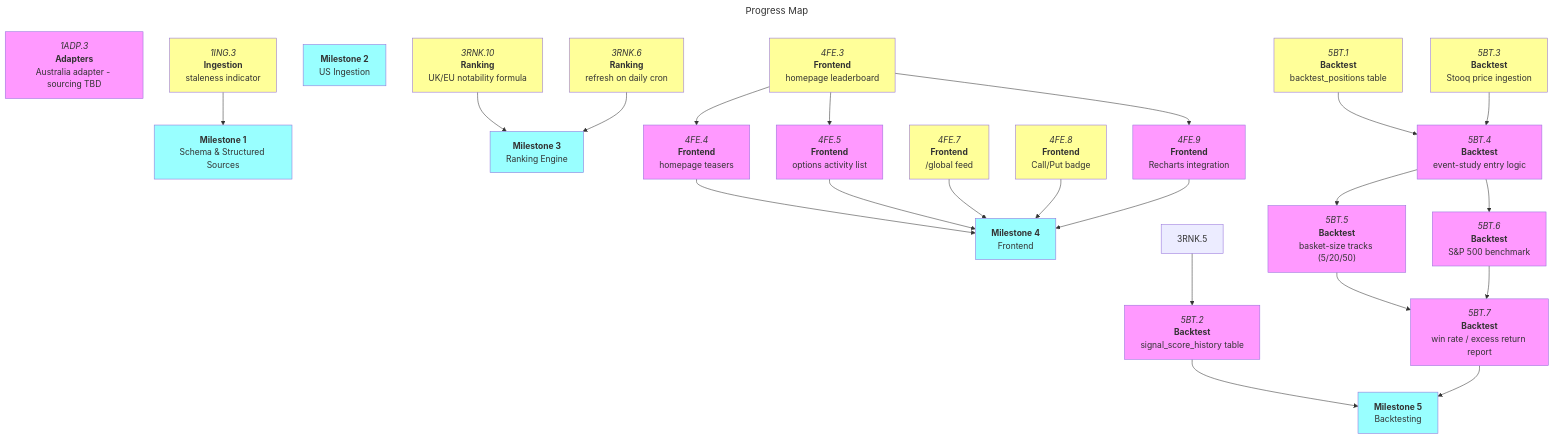
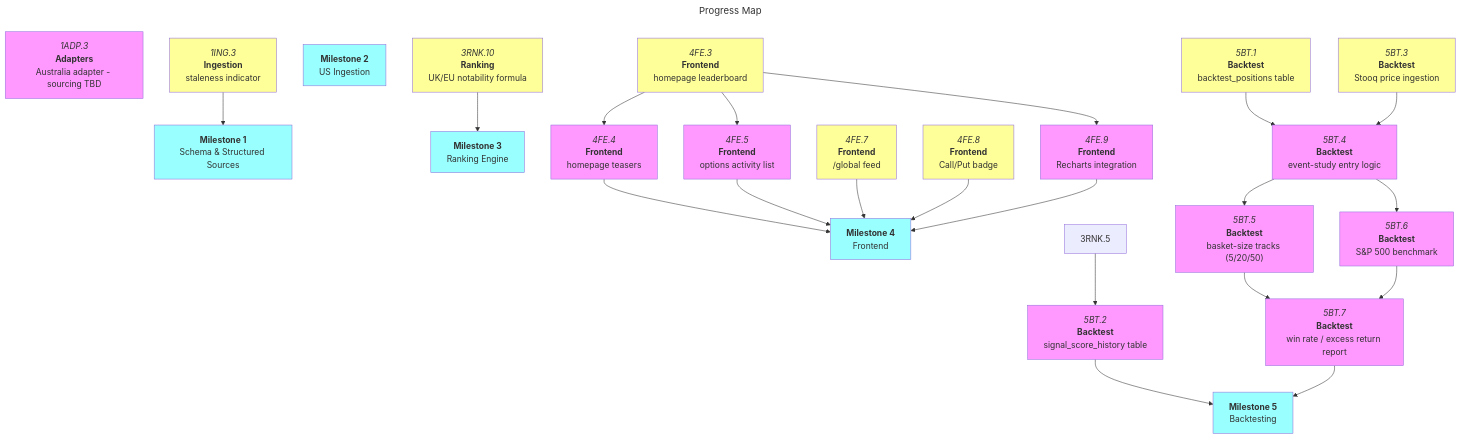
The diagram in docs/roadmaps/mvp.md (Oggie112/CrossBench), drawn with Mermaid before and after one commit. The commit also changed other lines of this file and 3 other files, not shown here.

````diff
--- a/docs/roadmaps/mvp.md
+++ b/docs/roadmaps/mvp.md
@@ -186,74 +186,71 @@
 ```mermaid
 ---
 title: Progress Map
 ---
 graph TD
 
 1ADP.3["`*1ADP.3*<br/>**Adapters**<br/>Australia adapter - sourcing TBD`"]:::blocked
 
 1ING.3["`*1ING.3*<br/>**Ingestion**<br/>staleness indicator`"]:::open
 
 m1["`**Milestone 1**<br/>Schema & Structured Sources`"]:::mile
 1ING.3 --> m1
 
 m2["`**Milestone 2**<br/>US Ingestion`"]:::mile
 
 3RNK.10["`*3RNK.10*<br/>**Ranking**<br/>UK/EU notability formula`"]:::open
 3RNK.10 --> m3
-
-3RNK.6["`*3RNK.6*<br/>**Ranking**<br/>refresh on daily cron`"]:::open
-3RNK.6 --> m3
 
 m3["`**Milestone 3**<br/>Ranking Engine`"]:::mile
 
 4FE.3["`*4FE.3*<br/>**Frontend**<br/>homepage leaderboard`"]:::open
 
 4FE.4["`*4FE.4*<br/>**Frontend**<br/>homepage teasers`"]:::blocked
 4FE.3 --> 4FE.4
 
 4FE.5["`*4FE.5*<br/>**Frontend**<br/>options activity list`"]:::blocked
 4FE.3 --> 4FE.5
 
 4FE.7["`*4FE.7*<br/>**Frontend**<br/>/global feed`"]:::open
 
 4FE.8["`*4FE.8*<br/>**Frontend**<br/>Call/Put badge`"]:::open
 
 4FE.9["`*4FE.9*<br/>**Frontend**<br/>Recharts integration`"]:::blocked
 4FE.3 --> 4FE.9
 
 m4["`**Milestone 4**<br/>Frontend`"]:::mile
 4FE.4 --> m4
 4FE.5 --> m4
 4FE.7 --> m4
 4FE.8 --> m4
 4FE.9 --> m4
 
 5BT.3["`*5BT.3*<br/>**Backtest**<br/>Stooq price ingestion`"]:::open
 
 5BT.1["`*5BT.1*<br/>**Backtest**<br/>backtest_positions table`"]:::open
 
 5BT.2["`*5BT.2*<br/>**Backtest**<br/>signal_score_history table`"]:::blocked
 3RNK.5 --> 5BT.2
 
 5BT.4["`*5BT.4*<br/>**Backtest**<br/>event-study entry logic`"]:::blocked
 5BT.1 --> 5BT.4
 5BT.3 --> 5BT.4
 
 5BT.5["`*5BT.5*<br/>**Backtest**<br/>basket-size tracks (5/20/50)`"]:::blocked
 5BT.4 --> 5BT.5
 
 5BT.6["`*5BT.6*<br/>**Backtest**<br/>S&P 500 benchmark`"]:::blocked
 5BT.4 --> 5BT.6
 
 5BT.7["`*5BT.7*<br/>**Backtest**<br/>win rate / excess return report`"]:::blocked
 5BT.5 --> 5BT.7
 5BT.6 --> 5BT.7
 
 m5["`**Milestone 5**<br/>Backtesting`"]:::mile
 5BT.2 --> m5
 5BT.7 --> m5
 
 classDef blocked fill:#f9f;
 classDef open fill:#ff9;
 classDef mile fill:#9ff;
 ```
````
